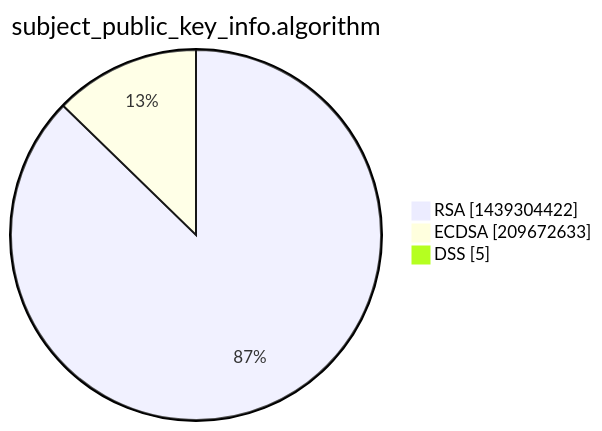
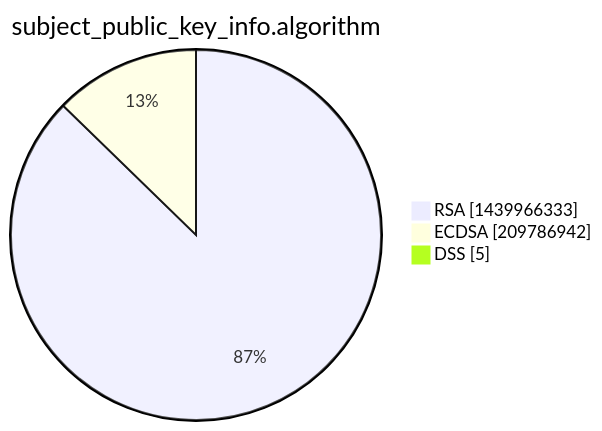
One commit to christiankrug/ctmonitor_visualization changed the third of 15 diagrams in xenon2022/README.md. Above: the diagram before and after it, drawn with Mermaid. The commit also changed other lines of this file, not shown here.

````diff
--- a/xenon2022/README.md
+++ b/xenon2022/README.md
@@ -14,7 +14,7 @@
 ```mermaid
 pie showData
 title subject_public_key_info.algorithm
-"RSA" :1439304422
-"ECDSA" :209672633
+"RSA" :1439966333
+"ECDSA" :209786942
 "DSS" :5
 ```
````
